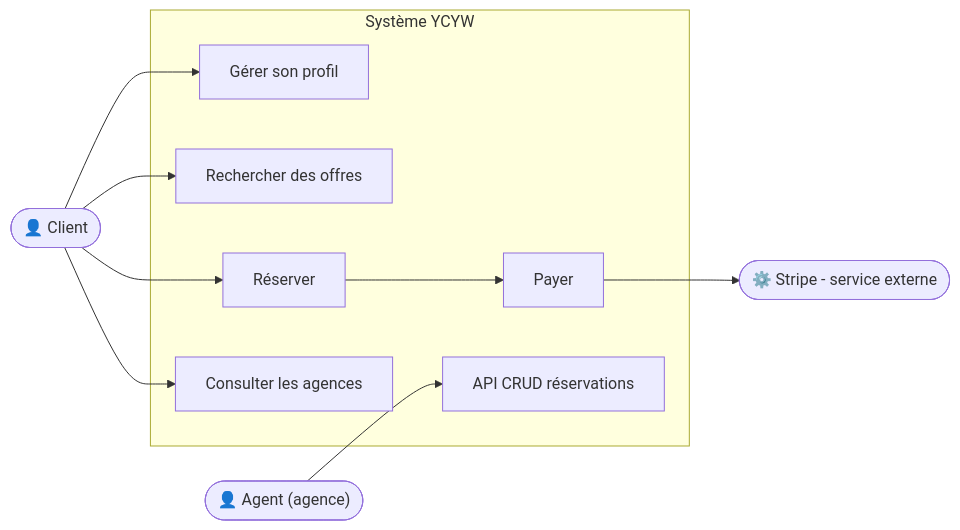
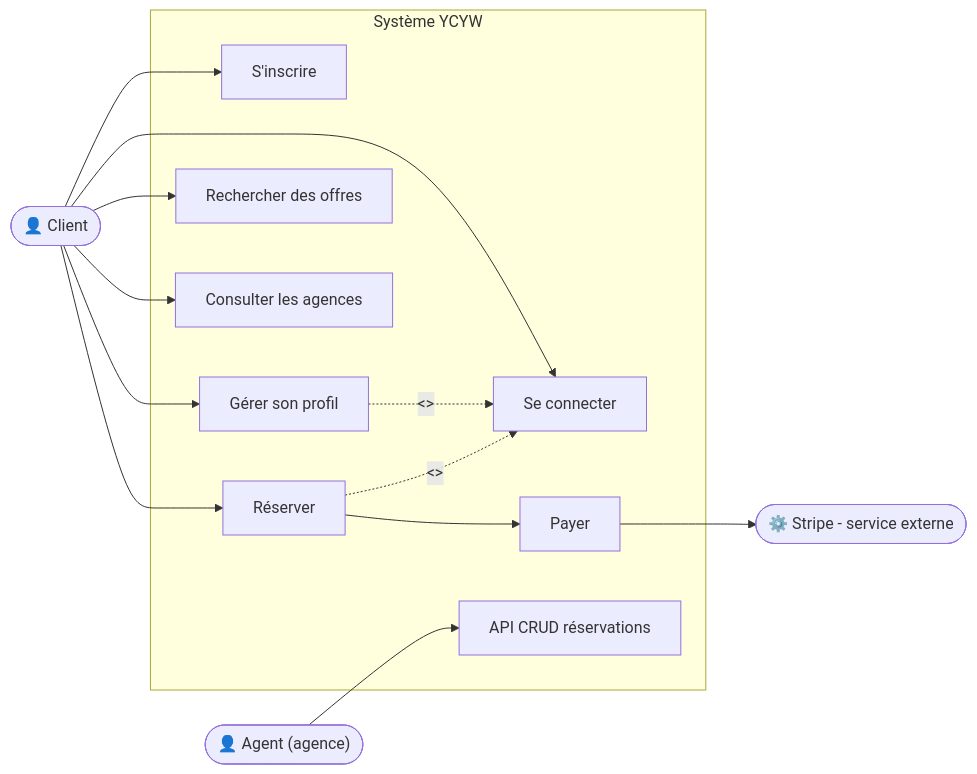
Before and after one commit to anthony-openclassroom/p10-yourcaryourway: the second of 10 diagrams in docs/architecture.md, drawn with Mermaid. The commit also changed other lines of this file, not shown here.

````diff
--- a/docs/architecture.md
+++ b/docs/architecture.md
@@ -143,23 +169,30 @@
 ```mermaid
 flowchart LR
     Client(["👤 Client"])
     Agent(["👤 Agent (agence)"])
     Stripe(["⚙️ Stripe - service externe"])
 
     subgraph YCYW ["Système YCYW"]
-        UC1["Gérer son profil"]
-        UC2["Rechercher des offres"]
-        UC3["Réserver"]
+        UC0["S'inscrire"]
+        UC1["Se connecter"]
+        UC2["Gérer son profil"]
+        UC3["Rechercher des offres"]
         UC4["Consulter les agences"]
-        UC5["Payer"]
-        UC6["API CRUD réservations"]
+        UC5["Réserver"]
+        UC6["Payer"]
+        UC7["API CRUD réservations"]
     end
 
+    Client --> UC0
     Client --> UC1
     Client --> UC2
     Client --> UC3
     Client --> UC4
-    UC3 --> UC5
-    UC5 --> Stripe
-    Agent --> UC6
+    Client --> UC5
+    UC5 --> UC6
+    UC6 --> Stripe
+    Agent --> UC7
+
+    UC2 -.->|"<<include>>"| UC1
+    UC5 -.->|"<<include>>"| UC1
 ```
````
